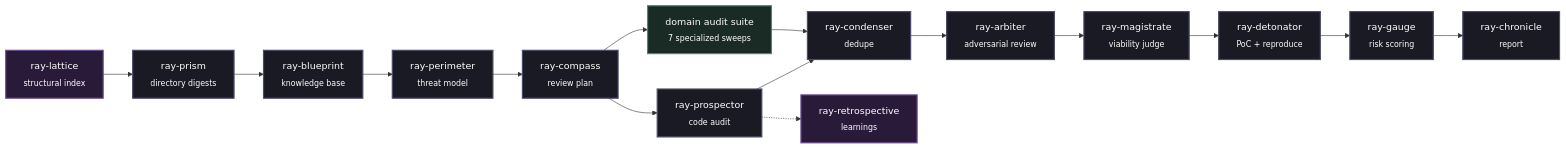
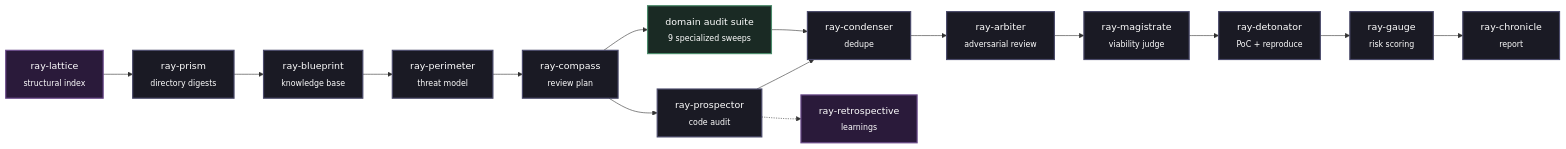
One commit to GameDev531/ray-framework changed the diagram in README.md. Above: the diagram before and after it, drawn with Mermaid. The commit also changed other lines of this file and 2 other files, not shown here.

````diff
--- a/README.md
+++ b/README.md
@@ -43,24 +43,24 @@
 ```mermaid
 graph LR
     A[ray-lattice<br/><sub>structural index</sub>] --> B[ray-prism<br/><sub>directory digests</sub>]
     B --> C[ray-blueprint<br/><sub>knowledge base</sub>]
     C --> D[ray-perimeter<br/><sub>threat model</sub>]
     D --> E[ray-compass<br/><sub>review plan</sub>]
     E --> F[ray-prospector<br/><sub>code audit</sub>]
-    E --> N[domain audit suite<br/><sub>7 specialized sweeps</sub>]
+    E --> N[domain audit suite<br/><sub>9 specialized sweeps</sub>]
     F --> G[ray-condenser<br/><sub>dedupe</sub>]
     N --> G
     G --> H[ray-arbiter<br/><sub>adversarial review</sub>]
     H --> I[ray-magistrate<br/><sub>viability judge</sub>]
     I --> J[ray-detonator<br/><sub>PoC + reproduce</sub>]
     J --> K[ray-gauge<br/><sub>risk scoring</sub>]
     K --> L[ray-chronicle<br/><sub>report</sub>]
     F -.-> M[ray-retrospective<br/><sub>learnings</sub>]
     
     classDef default fill:#1a1a24,stroke:#4a4a6a,stroke-width:2px,color:#fff;
     classDef meta fill:#2a1a3a,stroke:#6a4a8a,stroke-width:2px,color:#fff;
     classDef domain fill:#1a2a24,stroke:#4a8a6a,stroke-width:2px,color:#fff;
     class M meta;
     class A meta;
     class N domain;
 ```
````
